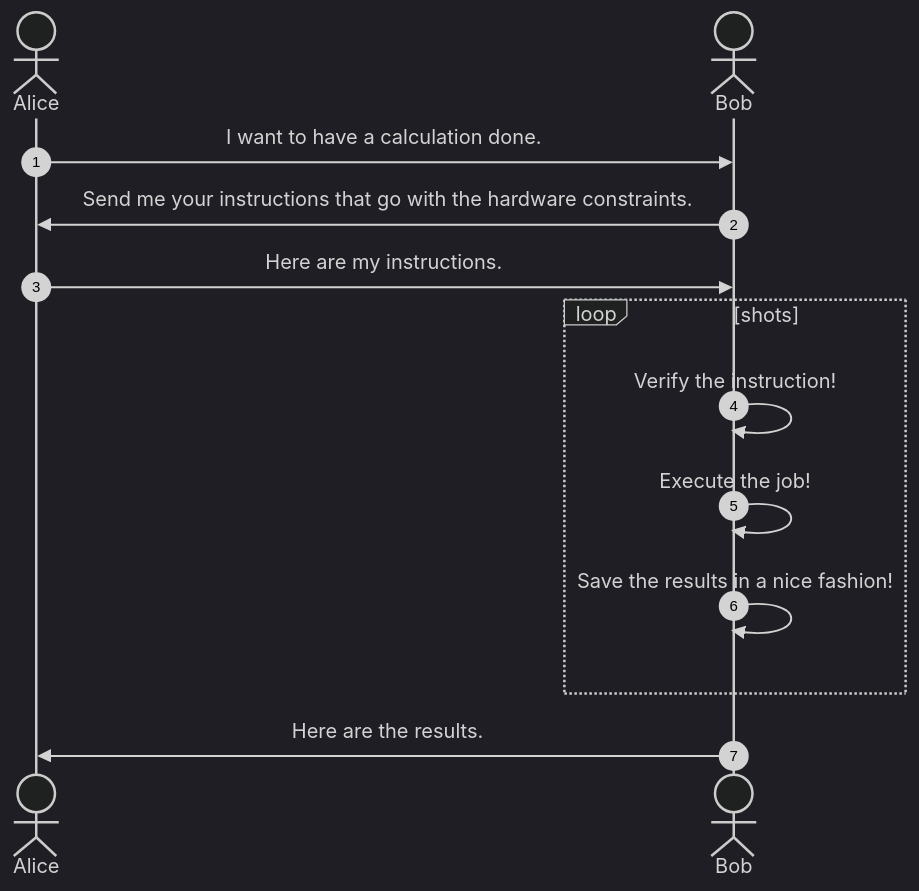
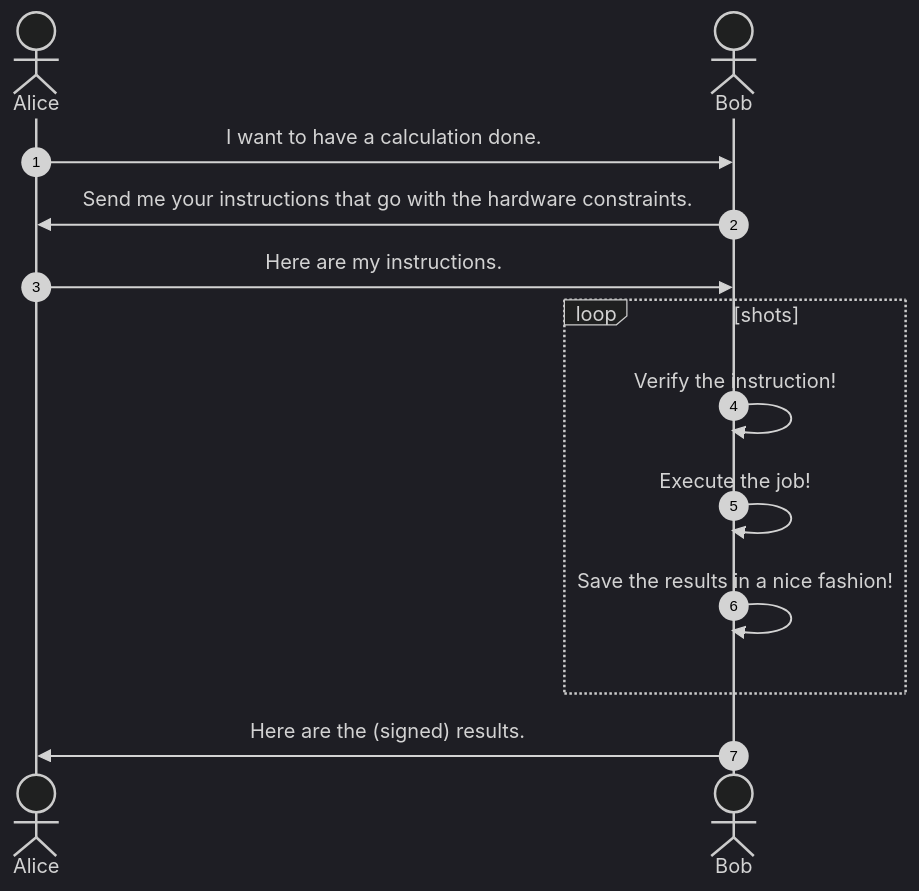
Before and after one commit to Alqor-UG/sqooler: the first of 2 diagrams in docs/description.md, drawn with Mermaid (dark theme). The commit also changed 1 other file, not shown here.

Commit message:
Added a description on who signs when

````diff
--- a/docs/description.md
+++ b/docs/description.md
@@ -14,15 +14,15 @@
 ``` mermaid
 sequenceDiagram
   autonumber
   actor Alice
   actor Bob
   Alice->>Bob: I want to have a calculation done.
   Bob->>Alice: Send me your instructions that go with the hardware constraints.
   Alice->>Bob: Here are my instructions.
   loop shots
         Bob->>Bob: Verify the instruction!
         Bob->>Bob: Execute the job!
         Bob->>Bob: Save the results in a nice fashion!
   end
-  Bob->>Alice: Here are the results.
+  Bob->>Alice: Here are the (signed) results.
 ```
````
